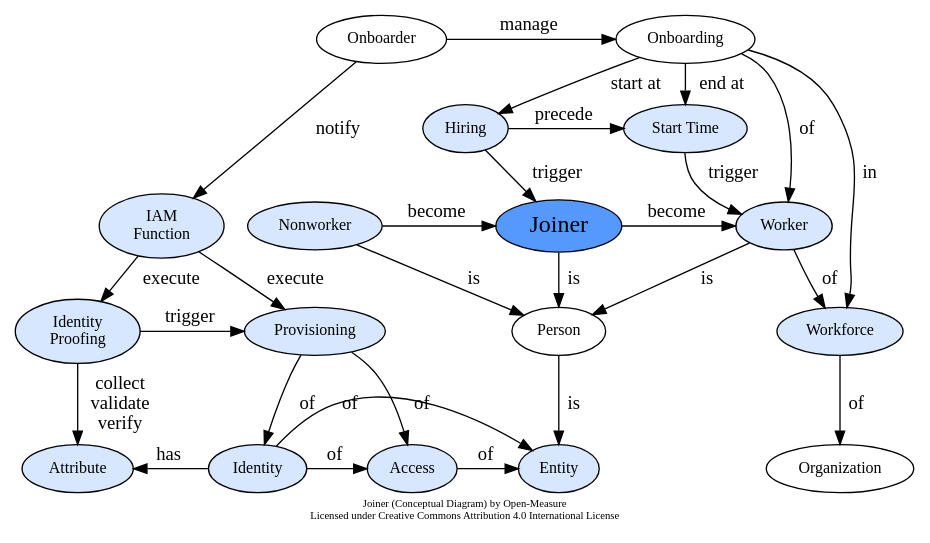
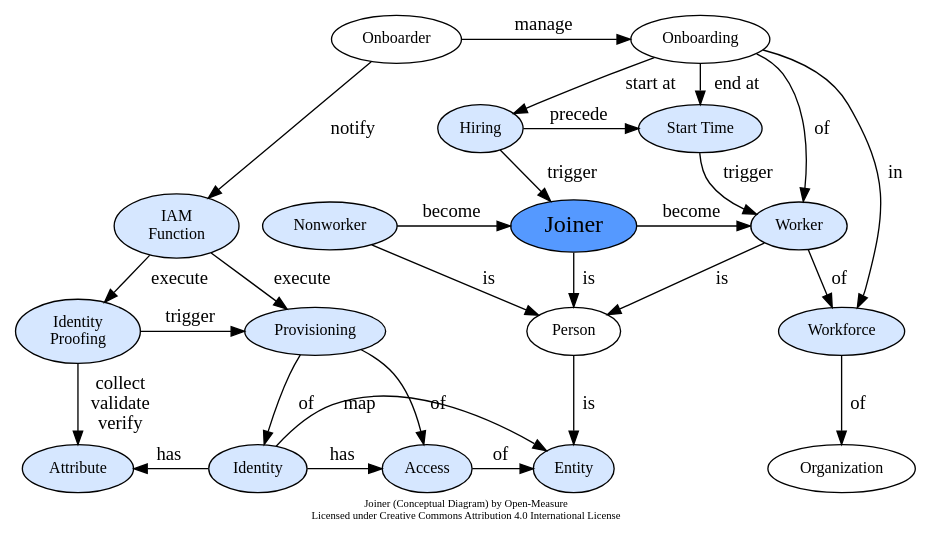
The diagram in Dictionary/joiner.gv (Open-Measure/Graphviz-Models), drawn with Graphviz before and after one commit.

```diff
--- a/Dictionary/joiner.gv
+++ b/Dictionary/joiner.gv
@@ -1,80 +1,80 @@
 digraph G {
 	rankdir="TB";
 	ranksep="0";
 	splines="curve";
 	newrank=true;
 	packmode="clust";
 	compound=true;
 	fontname="Calibri";
 	label="Joiner (Conceptual Diagram) by Open-Measure\nLicensed under Creative Commons Attribution 4.0 International License";
 	fontsize=8;
 	node[shape="ellipse", fontsize=12, fillcolor="#d6e7ff", style="filled", fontname="Calibri"];
 	edge[fontname="Calibri", minlen="1"];
 
 	n_nonworker [label="Nonworker", URL="https://open-measure.atlassian.net/wiki/spaces/DIC/pages/858554692"];
 	n_nonworker -> n_joiner [weight=10, label="  become  "];
 	n_nonworker -> n_person [weight=10, label="  is  "];
 
 	n_worker [label="Worker", URL="https://open-measure.atlassian.net/wiki/spaces/DIC/pages/855638141"];
 	n_worker -> n_workforce [weight=10, label="  of  "];
 	n_worker -> n_person [weight=10, label="  is  "];
 
 	n_hiring [label="Hiring", URL="https://open-measure.atlassian.net/wiki/spaces/DIC/pages/858456203"];
 	n_hiring -> n_joiner [weight=10, label="  trigger  "];
 	n_hiring -> n_start [weight=10, label="  precede  "];
 
 	n_start [label="Start Time", URL="https://open-measure.atlassian.net/wiki/spaces/DIC/pages/852492338"];
 	n_start -> n_worker [weight=10, label="  trigger  "];
 
 	n_organization [label="Organization", fillcolor="white"];
 
 	n_onboarder [label="Onboarder", fillcolor="white"];
 	n_onboarder -> n_onboarding [weight=10, label="  manage  "];
 	n_onboarder -> n_iam_function [weight=10, label="  notify  "];
 
 	n_onboarding [label="Onboarding", fillcolor="white"];
 	n_onboarding -> n_worker [weight=10, label="  of  "];
 	n_onboarding -> n_workforce [weight=10, label="  in  "];
 	n_onboarding -> n_hiring [weight=10, label="  start at  "];
 	n_onboarding -> n_start [weight=10, label="  end at  "];
 
 	n_workforce [label="Workforce", URL="https://open-measure.atlassian.net/wiki/spaces/DIC/pages/852492409"];
 	n_workforce -> n_organization [weight=10, label="  of  "];
 
 	n_attribute [label="Attribute", URL="https://open-measure.atlassian.net/wiki/spaces/DIC/pages/409174161"];
 	n_attribute -> n_identity [weight=10, label="  has  ", dir="back"];
 
 	n_proofing [label="Identity\nProofing", URL="https://open-measure.atlassian.net/wiki/spaces/DIC/pages/858522094"];
 	n_proofing -> n_provisioning [weight=10, label="  trigger  "];
 	n_proofing -> n_attribute [weight=10, label="  collect  \n  validate  \n  verify  "];
 
 	n_joiner [label="Joiner", fontsize=18, fillcolor="#5599ff", URL="https://open-measure.atlassian.net/wiki/spaces/DIC/pages/855506953"];
 	n_joiner -> n_person [weight=10, label="  is  "];
 	n_joiner -> n_worker [weight=10, label="  become  "];
 
 	n_iam_function [label="IAM\nFunction", URL=""];
 	n_iam_function -> n_proofing [weight=10, label="  execute  "];
 	n_iam_function -> n_provisioning [weight=10, label="  execute  "];
 
 	n_provisioning [label="Provisioning", URL="https://open-measure.atlassian.net/wiki/spaces/DIC/pages/61964289"];
 	n_provisioning -> n_identity [weight=10, label="  of  "];
 	n_provisioning -> n_access [weight=10, label="  of  "];
 
 	n_identity [label="Identity", URL="https://open-measure.atlassian.net/wiki/spaces/DIC/pages/67600948"];
-	n_identity -> n_entity [weight=10, label="  of  "];
-	n_identity -> n_access  [weight=10, label="  of  "];
+	n_identity -> n_entity [weight=10, label="  map  "];
+	n_identity -> n_access  [weight=10, label="  has  "];
 
 	n_access [label="Access", URL="https://open-measure.atlassian.net/wiki/spaces/DIC/pages/123962347"];
 	n_access -> n_entity [weight=10, label="  of  "];
 
 	n_person [label="Person", fillcolor="white"];
 	n_person -> n_entity [weight=10, label="  is  "];
 
 	n_entity [label="Entity", URL="https://open-measure.atlassian.net/wiki/spaces/DIC/pages/123830932"];
 
 	{rank=same; n_onboarder; n_onboarding;}
 	{rank=same; n_joiner; n_worker; n_nonworker}
 	{rank=same; n_proofing; n_provisioning;}
 	{rank=same; n_attribute; n_identity; n_access; n_entity}
 	{rank=same; n_hiring; n_start;}
 }
```
